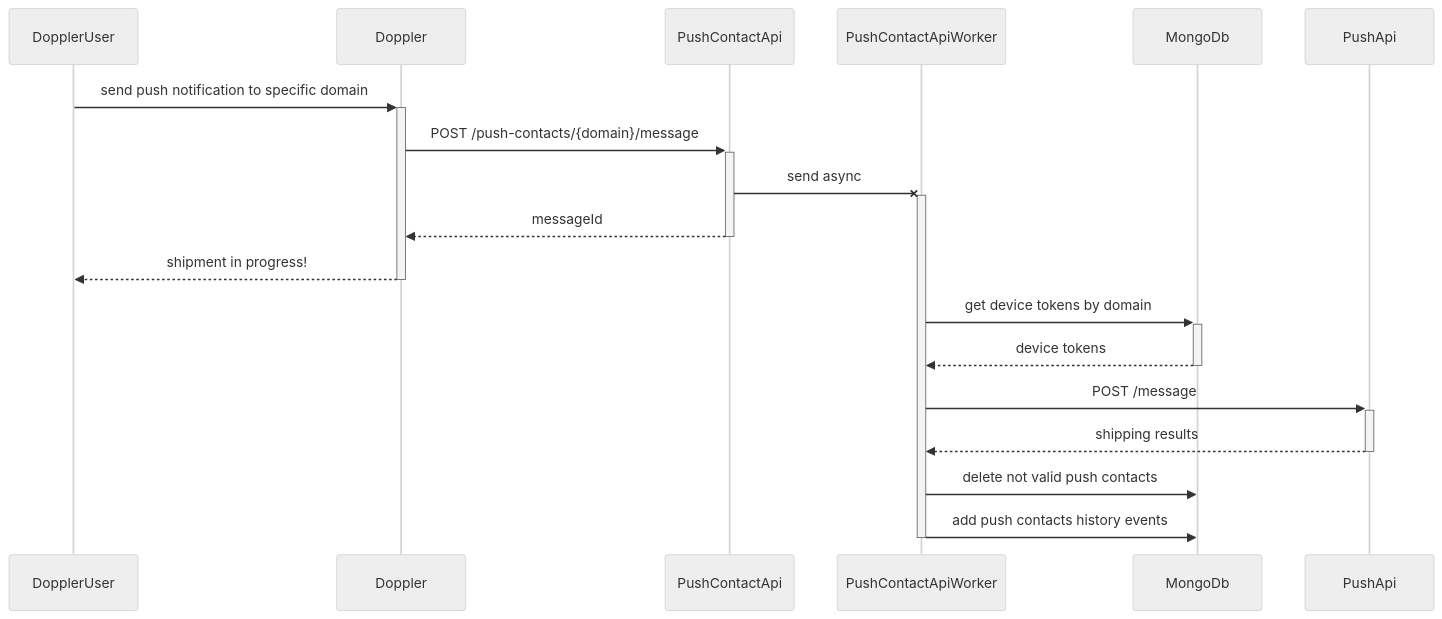
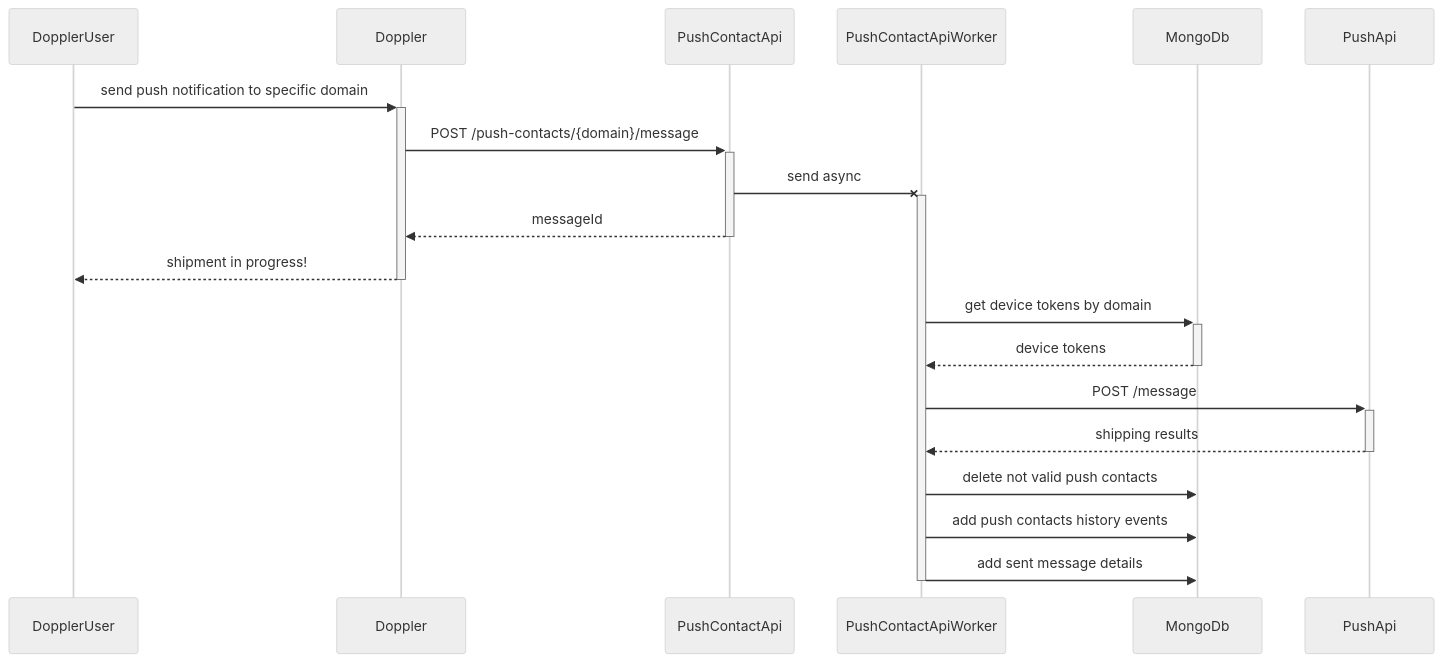
The second of 5 diagrams in README.md (leoslopez/doppler-push-contact), drawn with Mermaid (neutral theme) before and after one commit.

Commit message:
docs: include sent message details stored in diagrams

````diff
--- a/README.md
+++ b/README.md
@@ -45,22 +45,23 @@
 ```mermaid
 sequenceDiagram
   participant DopplerUser
   participant Doppler
   participant PushContactApi
   participant PushContactApiWorker
   participant MongoDb
   participant PushApi
 DopplerUser->>+Doppler: send push notification to specific domain
 Doppler->>+PushContactApi: POST /push-contacts/{domain}/message
 PushContactApi-x+PushContactApiWorker: send async
 PushContactApi-->>-Doppler: messageId
 Doppler-->>-DopplerUser: shipment in progress!
 
 PushContactApiWorker->>+MongoDb: get device tokens by domain
 MongoDb-->>-PushContactApiWorker: device tokens
 PushContactApiWorker->>+PushApi: POST /message
 PushApi-->>-PushContactApiWorker: shipping results
 PushContactApiWorker->>MongoDb: delete not valid push contacts
 PushContactApiWorker->>MongoDb: add push contacts history events
+PushContactApiWorker->>MongoDb: add sent message details
 deactivate PushContactApiWorker
 ```
````
